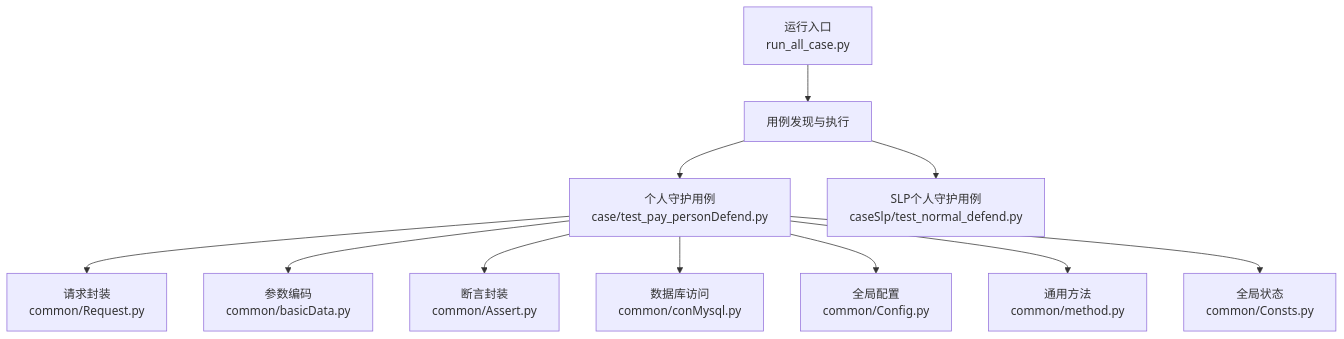
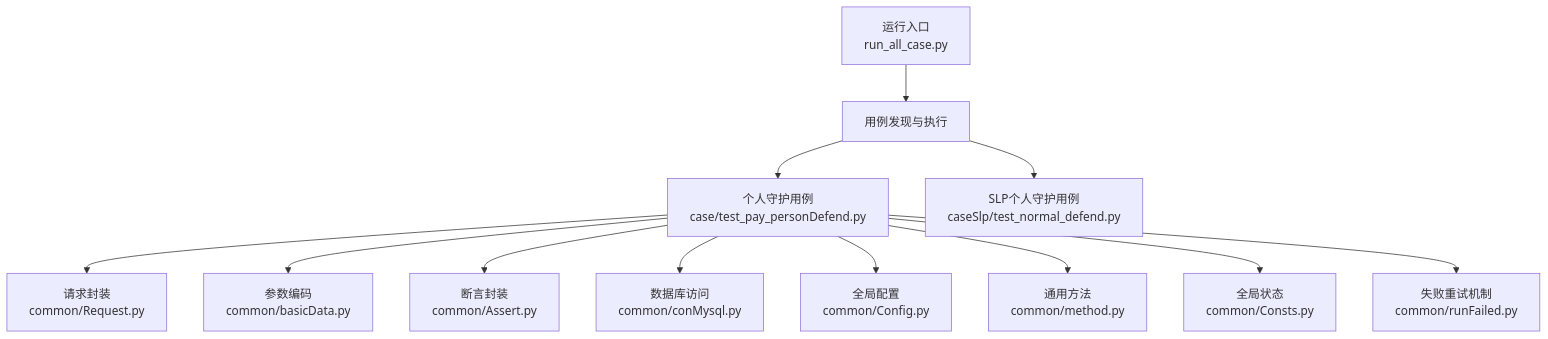
Before and after one commit to liximing1-ola/qa-payTest: the first of 7 diagrams in .qoder/repowiki/zh/content/支付测试用例/房间支付测试/个人守护支付测试.md, drawn with Mermaid. The commit also changed other lines of this file and 103 other files, not shown here.

````diff
--- a/.qoder/repowiki/zh/content/支付测试用例/房间支付测试/个人守护支付测试.md
+++ b/.qoder/repowiki/zh/content/支付测试用例/房间支付测试/个人守护支付测试.md
@@ -44,13 +52,14 @@
 ```mermaid
 graph TB
 A["运行入口<br/>run_all_case.py"] --> B["用例发现与执行"]
 B --> C["个人守护用例<br/>case/test_pay_personDefend.py"]
 B --> D["SLP个人守护用例<br/>caseSlp/test_normal_defend.py"]
 C --> E["请求封装<br/>common/Request.py"]
 C --> F["参数编码<br/>common/basicData.py"]
 C --> G["断言封装<br/>common/Assert.py"]
 C --> H["数据库访问<br/>common/conMysql.py"]
 C --> I["全局配置<br/>common/Config.py"]
 C --> J["通用方法<br/>common/method.py"]
 C --> K["全局状态<br/>common/Consts.py"]
+C --> L["失败重试机制<br/>common/runFailed.py"]
 ```
````
